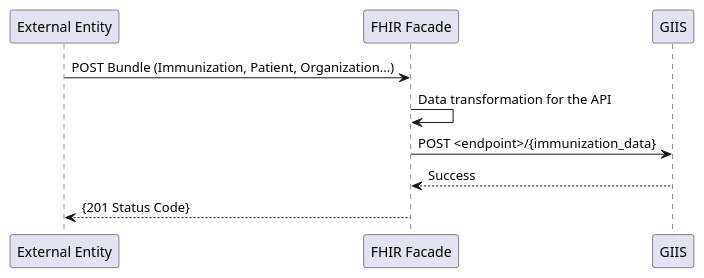
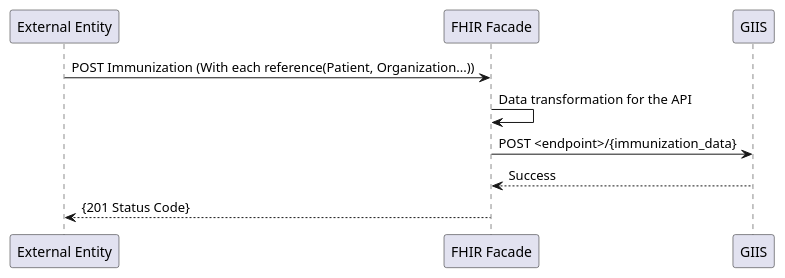
One commit to cens-chile/giis_fhir_IG changed the diagram in input/images-source/register-vaccination.plantuml. Above: the diagram before and after it, drawn with PlantUML. The commit also changed 9 other files, not shown here.

```diff
--- a/input/images-source/register-vaccination.plantuml
+++ b/input/images-source/register-vaccination.plantuml
@@ -1,13 +1,13 @@
 @startuml register-vaccination
 
 Participant "External Entity"  as ExternalEntity
 Participant "FHIR Facade"  as FHIRFacade
 Participant "GIIS"  as GIIS
 
-ExternalEntity -> FHIRFacade: POST Bundle (Immunization, Patient, Organization...) 
+ExternalEntity -> FHIRFacade: POST Immunization (With each reference(Patient, Organization...)) 
 FHIRFacade -> FHIRFacade: Data transformation for the API 
 FHIRFacade -> GIIS: POST <endpoint>/{immunization_data}
 GIIS --> FHIRFacade: Success
 FHIRFacade --> ExternalEntity: {201 Status Code}
 
 @enduml
```
